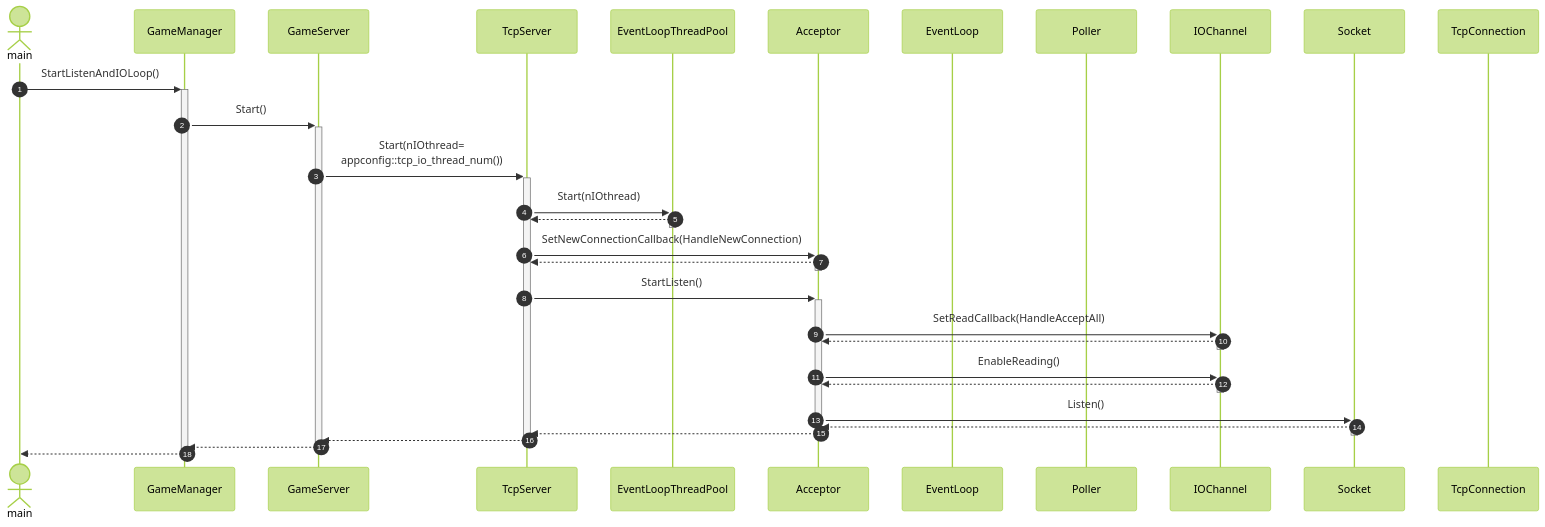
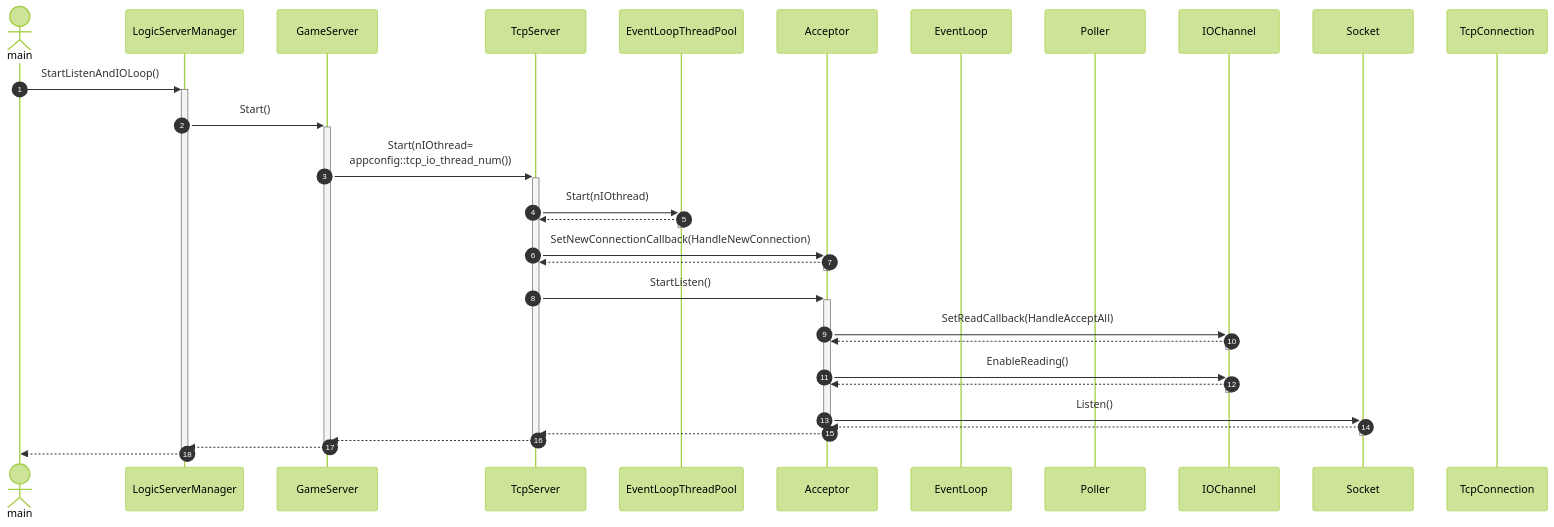
One commit to MYMarcoreus/GameServer changed the third of 7 diagrams in base/net/md/EventLoop&Channel.md. Above: the diagram before and after it, drawn with Mermaid (forest theme). The commit also changed other lines of this file and 52 other files, not shown here.

````diff
--- a/base/net/md/EventLoop&Channel.md
+++ b/base/net/md/EventLoop&Channel.md
@@ -304,41 +304,41 @@
 ```mermaid
 sequenceDiagram
     autonumber
 	
 	actor main
-	participant GameManager
+	participant LogicServerManager
 	participant GameServer
 	participant TcpServer
 	participant EventLoopThreadPool
 
     participant Acceptor
     participant EventLoop
     participant Poller
     participant IOChannel
     participant Socket
     participant TcpConnection
     
-    main ->> +GameManager: StartListenAndIOLoop()
-        GameManager ->> +GameServer: Start()
+    main ->> +LogicServerManager: StartListenAndIOLoop()
+        LogicServerManager ->> +GameServer: Start()
             GameServer ->> +TcpServer: Start(nIOthread=<br>appconfig::tcp_io_thread_num())
                 
                 TcpServer ->> +EventLoopThreadPool: Start(nIOthread)
                 EventLoopThreadPool -->> -TcpServer:  
                 
                 TcpServer ->> +Acceptor: SetNewConnectionCallback(HandleNewConnection)
                 Acceptor -->> -TcpServer: 
                 
                 TcpServer ->> +Acceptor: StartListen()
                     Acceptor ->> +IOChannel: SetReadCallback(HandleAcceptAll)
                     IOChannel -->> -Acceptor: 
                     Acceptor ->> +IOChannel: EnableReading()
                     IOChannel -->> -Acceptor: 
                     Acceptor ->> +Socket: Listen()
                     Socket -->> -Acceptor: 
                     
                 Acceptor -->> -TcpServer: 
 
             TcpServer -->> -GameServer: 
-        GameServer -->> -GameManager: 
-    GameManager -->> -main: 
+        GameServer -->> -LogicServerManager: 
+    LogicServerManager -->> -main: 
 ```
````
